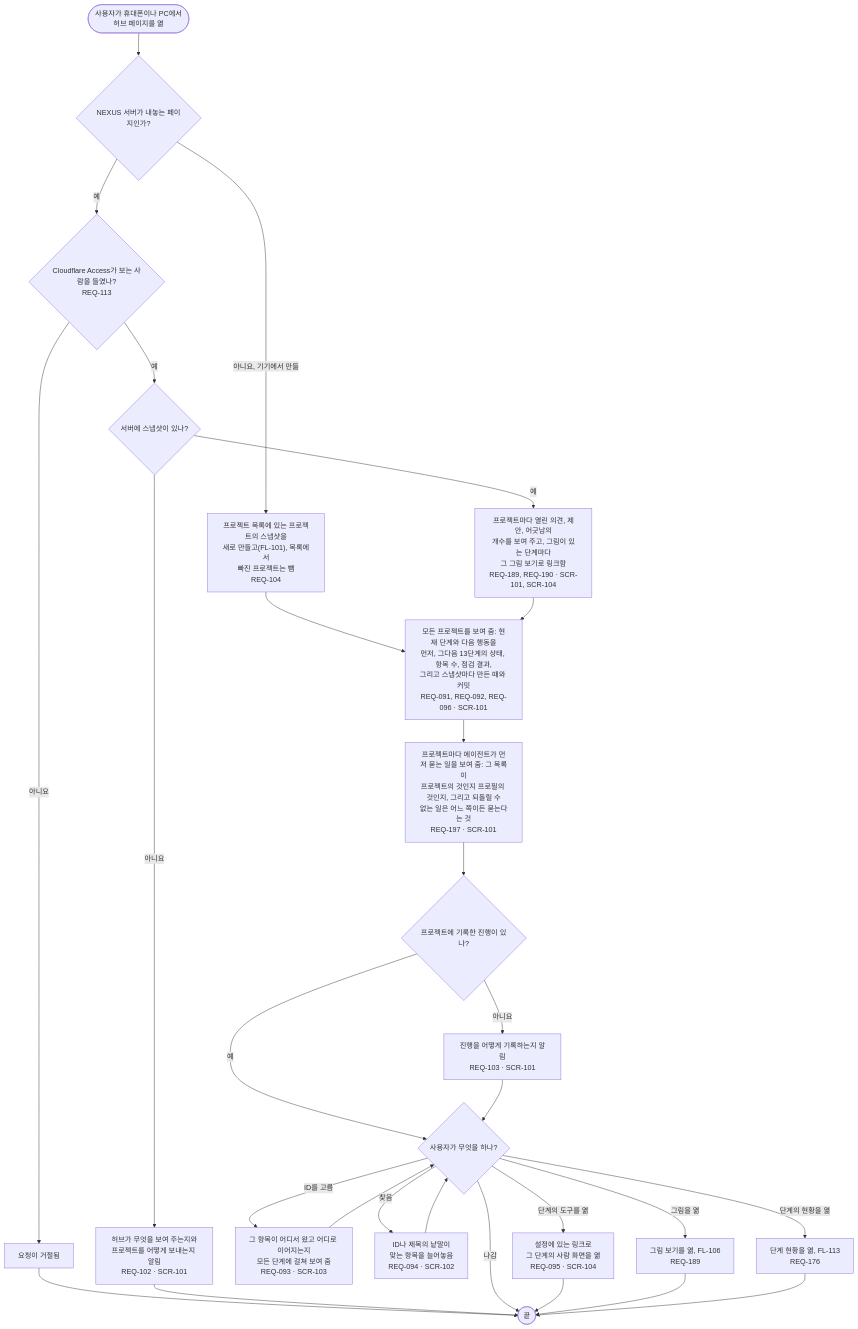
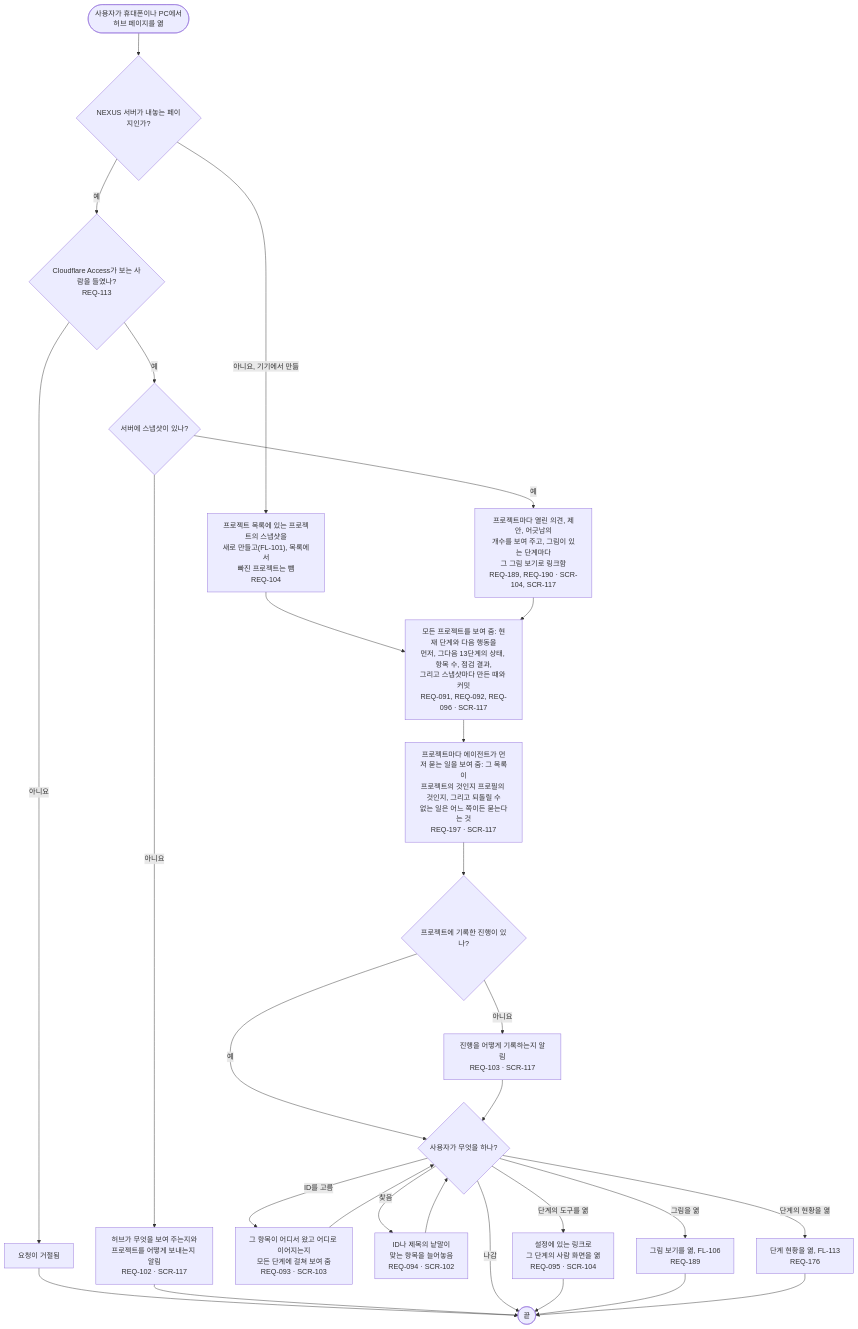
Before and after one commit to kodonghui/corthex-nexus: the diagram in docs/03-user-flow/nexus/FL-105-see-the-hub-page.ko.md, drawn with Mermaid. The commit also changed other lines of this file and 22 other files, not shown here.

````diff
--- a/docs/03-user-flow/nexus/FL-105-see-the-hub-page.ko.md
+++ b/docs/03-user-flow/nexus/FL-105-see-the-hub-page.ko.md
@@ -9,30 +9,30 @@
 ```mermaid
 flowchart TD
   A(["사용자가 휴대폰이나 PC에서<br/>허브 페이지를 엶"]) --> B{"NEXUS 서버가 내놓는 페이지인가?"}
   B -->|아니요, 기기에서 만듦| C["프로젝트 목록에 있는 프로젝트의 스냅샷을<br/>새로 만들고(FL-101), 목록에서<br/>빠진 프로젝트는 뺌<br/>REQ-104"]
   B -->|예| D{"Cloudflare Access가 보는 사람을 들였나?<br/>REQ-113"}
   D -->|아니요| D1["요청이 거절됨"]
   D1 --> Z(["끝"])
   D -->|예| E{"서버에 스냅샷이 있나?"}
-  E -->|아니요| E1["허브가 무엇을 보여 주는지와<br/>프로젝트를 어떻게 보내는지 알림<br/>REQ-102 · SCR-101"]
+  E -->|아니요| E1["허브가 무엇을 보여 주는지와<br/>프로젝트를 어떻게 보내는지 알림<br/>REQ-102 · SCR-117"]
   E1 --> Z
-  E -->|예| F["프로젝트마다 열린 의견, 제안, 어긋남의<br/>개수를 보여 주고, 그림이 있는 단계마다<br/>그 그림 보기로 링크함<br/>REQ-189, REQ-190 · SCR-101, SCR-104"]
+  E -->|예| F["프로젝트마다 열린 의견, 제안, 어긋남의<br/>개수를 보여 주고, 그림이 있는 단계마다<br/>그 그림 보기로 링크함<br/>REQ-189, REQ-190 · SCR-104, SCR-117"]
   C --> G
-  F --> G["모든 프로젝트를 보여 줌: 현재 단계와 다음 행동을<br/>먼저, 그다음 13단계의 상태, 항목 수, 점검 결과,<br/>그리고 스냅샷마다 만든 때와 커밋<br/>REQ-091, REQ-092, REQ-096 · SCR-101"]
-  G --> G1["프로젝트마다 에이전트가 먼저 묻는 일을 보여 줌: 그 목록이<br/>프로젝트의 것인지 프로필의 것인지, 그리고 되돌릴 수<br/>없는 일은 어느 쪽이든 묻는다는 것<br/>REQ-197 · SCR-101"]
+  F --> G["모든 프로젝트를 보여 줌: 현재 단계와 다음 행동을<br/>먼저, 그다음 13단계의 상태, 항목 수, 점검 결과,<br/>그리고 스냅샷마다 만든 때와 커밋<br/>REQ-091, REQ-092, REQ-096 · SCR-117"]
+  G --> G1["프로젝트마다 에이전트가 먼저 묻는 일을 보여 줌: 그 목록이<br/>프로젝트의 것인지 프로필의 것인지, 그리고 되돌릴 수<br/>없는 일은 어느 쪽이든 묻는다는 것<br/>REQ-197 · SCR-117"]
   G1 --> H{"프로젝트에 기록한 진행이 있나?"}
-  H -->|아니요| H1["진행을 어떻게 기록하는지 알림<br/>REQ-103 · SCR-101"]
+  H -->|아니요| H1["진행을 어떻게 기록하는지 알림<br/>REQ-103 · SCR-117"]
   H -->|예| I
   H1 --> I{"사용자가 무엇을 하나?"}
   I -->|ID를 고름| J["그 항목이 어디서 왔고 어디로 이어지는지<br/>모든 단계에 걸쳐 보여 줌<br/>REQ-093 · SCR-103"]
   I -->|찾음| K["ID나 제목의 낱말이<br/>맞는 항목을 늘어놓음<br/>REQ-094 · SCR-102"]
   I -->|단계의 도구를 엶| L["설정에 있는 링크로<br/>그 단계의 사람 화면을 엶<br/>REQ-095 · SCR-104"]
   I -->|그림을 엶| M["그림 보기를 엶, FL-106<br/>REQ-189"]
   I -->|단계의 현황을 엶| N["단계 현황을 엶, FL-113<br/>REQ-176"]
   I -->|나감| Z
   J --> I
   K --> I
   L --> Z
   M --> Z
   N --> Z
 ```
````
